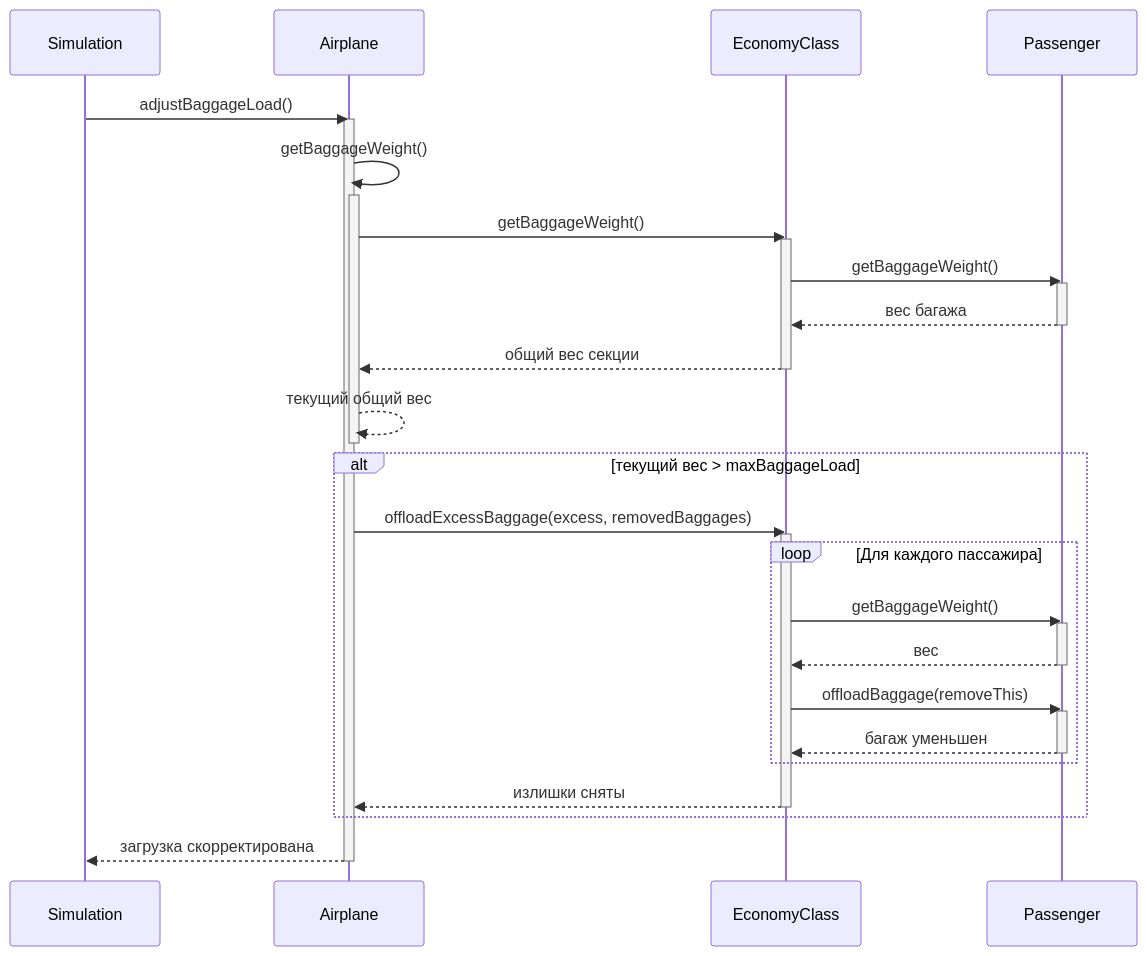
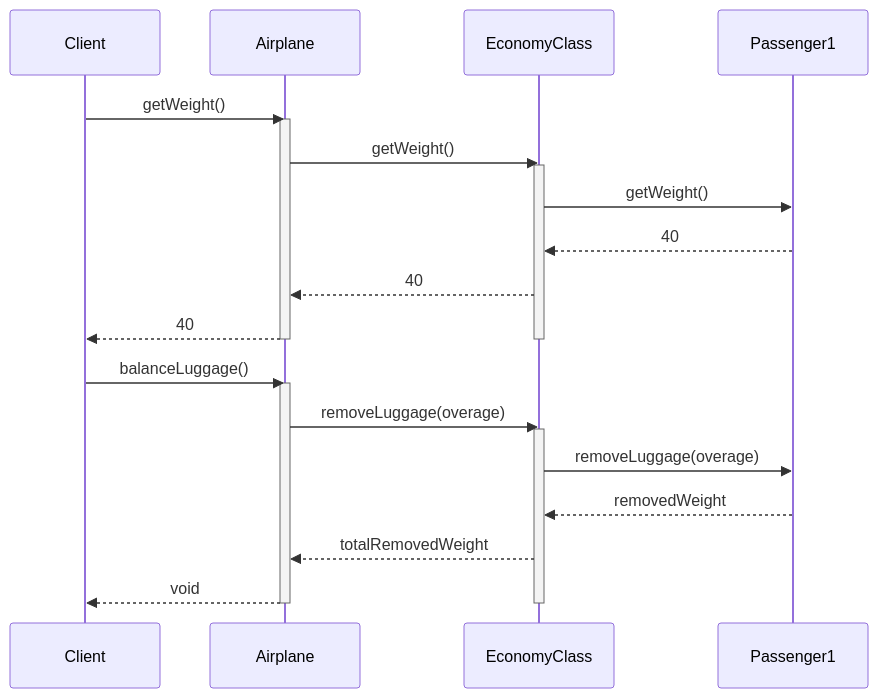
Before and after one commit to ivan-aleschin/uni: the second of 2 diagrams in software-architecture/lab-3/README.md, drawn with Mermaid. The commit also changed other lines of this file and 7 other files, not shown here.

````diff
--- a/software-architecture/lab-3/README.md
+++ b/software-architecture/lab-3/README.md
@@ -121,41 +124,29 @@
 ```mermaid
 sequenceDiagram
-    participant Client as Simulation
+    participant Client
     participant Airplane
     participant EconomyClass
-    participant Passenger
-    
-    Client->>Airplane: adjustBaggageLoad()
+    participant Passenger1
+
+    Client->>Airplane: getWeight()
     activate Airplane
-    Airplane->>Airplane: getBaggageWeight()
+    Airplane->>EconomyClass: getWeight()
+    activate EconomyClass
+    EconomyClass->>Passenger1: getWeight()
+    Passenger1-->>EconomyClass: 40
+    EconomyClass-->>Airplane: 40
+    Airplane-->>Client: 40
+    deactivate Airplane
+    deactivate EconomyClass
+
+    Client->>Airplane: balanceLuggage()
     activate Airplane
-    Airplane->>EconomyClass: getBaggageWeight()
+    Airplane->>EconomyClass: removeLuggage(overage)
     activate EconomyClass
-    EconomyClass->>Passenger: getBaggageWeight()
-    activate Passenger
-    Passenger-->>EconomyClass: вес багажа
-    deactivate Passenger
-    EconomyClass-->>Airplane: общий вес секции
+    EconomyClass->>Passenger1: removeLuggage(overage)
+    Passenger1-->>EconomyClass: removedWeight
+    EconomyClass-->>Airplane: totalRemovedWeight
+    Airplane-->>Client: void
+    deactivate Airplane
     deactivate EconomyClass
-    Airplane-->>Airplane: текущий общий вес
-    deactivate Airplane
-    
-    alt текущий вес > maxBaggageLoad
-        Airplane->>EconomyClass: offloadExcessBaggage(excess, removedBaggages)
-        activate EconomyClass
-        loop Для каждого пассажира
-            EconomyClass->>Passenger: getBaggageWeight()
-            activate Passenger
-            Passenger-->>EconomyClass: вес
-            deactivate Passenger
-            EconomyClass->>Passenger: offloadBaggage(removeThis)
-            activate Passenger
-            Passenger-->>EconomyClass: багаж уменьшен
-            deactivate Passenger
-        end
-        EconomyClass-->>Airplane: излишки сняты
-        deactivate EconomyClass
-    end
-    Airplane-->>Client: загрузка скорректирована
-    deactivate Airplane
 ```
````
